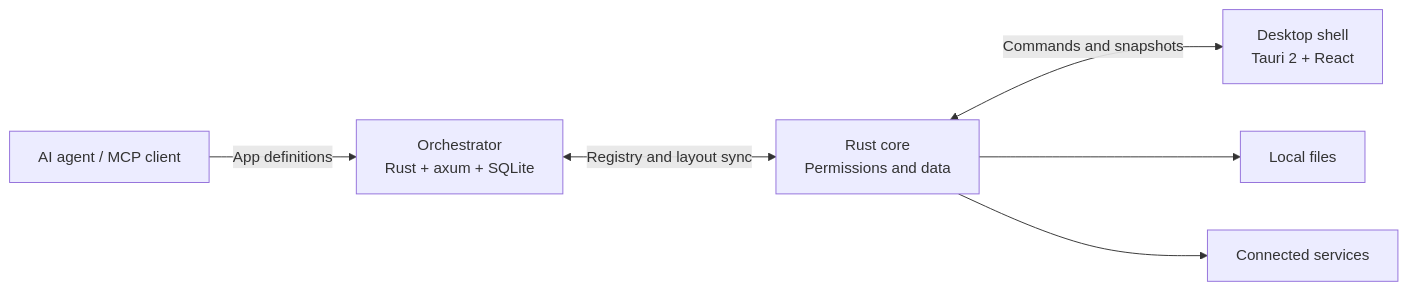
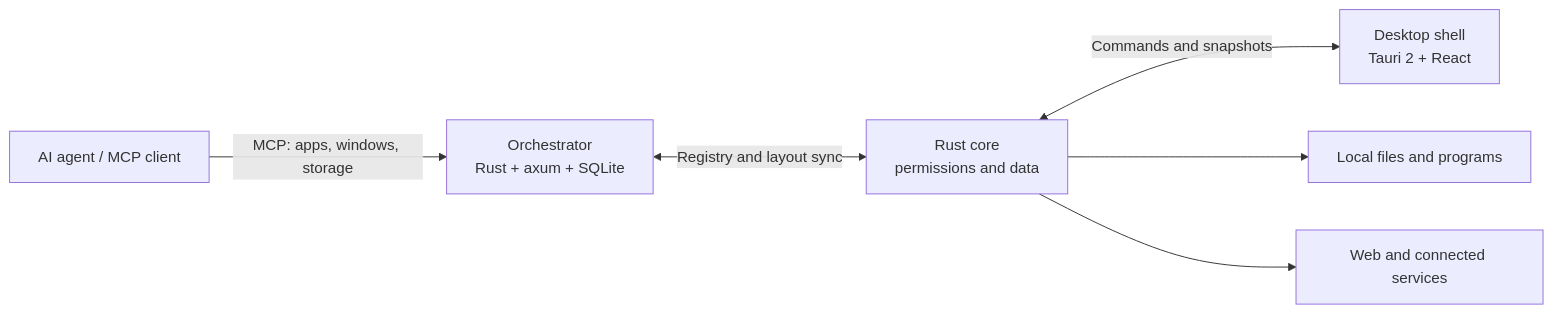
The diagram in README.md (eiaserinnys/kaleidoscope), drawn with Mermaid before and after one commit. The commit also changed other lines of this file and 3 other files, not shown here.

````diff
--- a/README.md
+++ b/README.md
@@ -29,8 +27,8 @@
 ```mermaid
 flowchart LR
-    Agent[AI agent / MCP client] -->|App definitions| Server[Orchestrator\nRust + axum + SQLite]
-    Server <-->|Registry and layout sync| Core[Rust core\nPermissions and data]
-    Core <-->|Commands and snapshots| UI[Desktop shell\nTauri 2 + React]
-    Core --> Files[Local files]
-    Core --> Services[Connected services]
+    Agent[AI agent / MCP client] -->|MCP: apps, windows, storage| Server[Orchestrator<br/>Rust + axum + SQLite]
+    Server <-->|Registry and layout sync| Core[Rust core<br/>permissions and data]
+    Core <-->|Commands and snapshots| UI[Desktop shell<br/>Tauri 2 + React]
+    Core --> Files[Local files and programs]
+    Core --> Services[Web and connected services]
 ```
````
